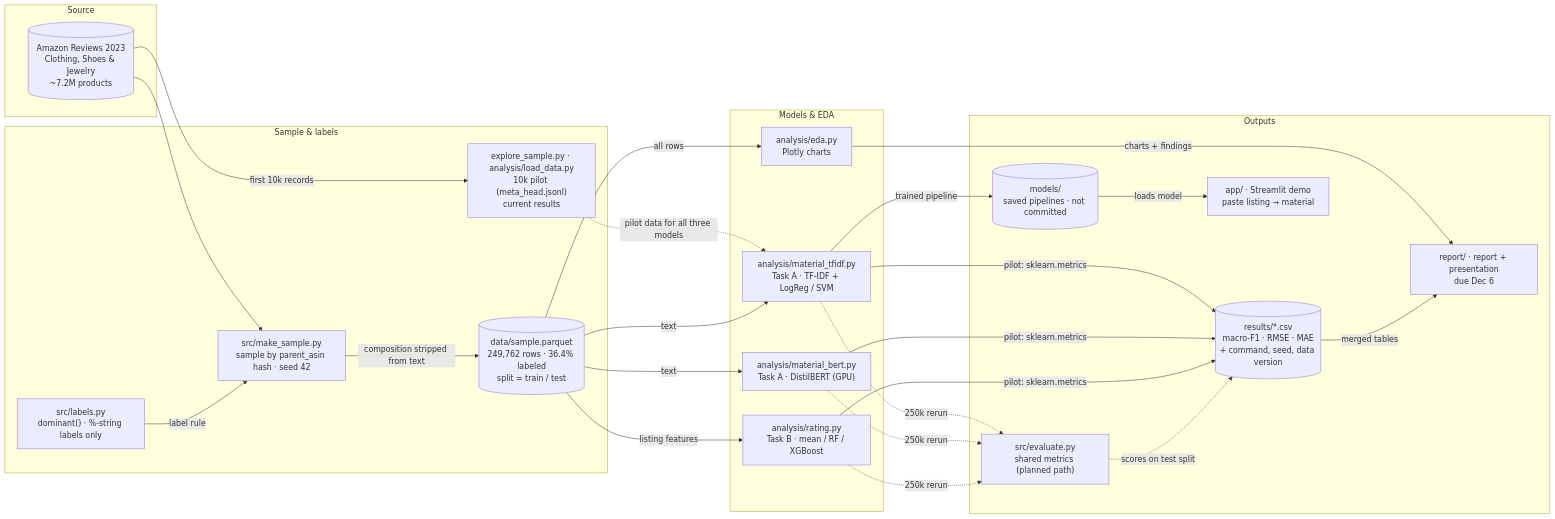
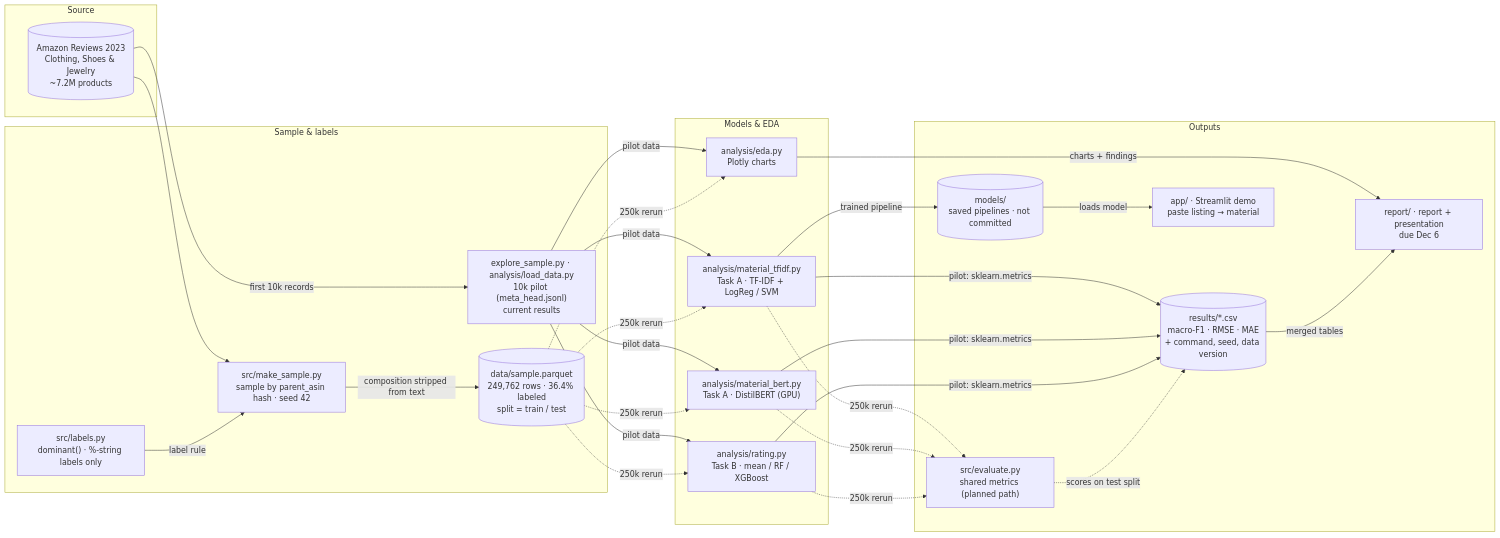
Before and after one commit to johnha912/amazon-clothing-material: the diagram in report/assets/project-pipeline.mmd, drawn with Mermaid. The commit also changed 5 other files, not shown here.

First line of the commit message:
Make the pipeline figure's arrows match its caption

```diff
--- a/report/assets/project-pipeline.mmd
+++ b/report/assets/project-pipeline.mmd
@@ -1,47 +1,50 @@
 flowchart LR
     subgraph S0["Source"]
         hf[("Amazon Reviews 2023<br/>Clothing, Shoes & Jewelry<br/>~7.2M products")]
     end
 
     subgraph S1["Sample & labels"]
         pilot["explore_sample.py · analysis/load_data.py<br/>10k pilot (meta_head.jsonl)<br/>current results"]
         labels["src/labels.py<br/>dominant() · %-string labels only"]
         makesample["src/make_sample.py<br/>sample by parent_asin hash · seed 42"]
         sample[("data/sample.parquet<br/>249,762 rows · 36.4% labeled<br/>split = train / test")]
     end
 
     subgraph S2["Models & EDA"]
         eda["analysis/eda.py<br/>Plotly charts"]
         tfidf["analysis/material_tfidf.py<br/>Task A · TF-IDF + LogReg / SVM"]
         bert["analysis/material_bert.py<br/>Task A · DistilBERT (GPU)"]
         rating["analysis/rating.py<br/>Task B · mean / RF / XGBoost"]
     end
 
     subgraph S3["Outputs"]
         evaluate["src/evaluate.py<br/>shared metrics (planned path)"]
         results[("results/*.csv<br/>macro-F1 · RMSE · MAE<br/>+ command, seed, data version")]
         model[("models/<br/>saved pipelines · not committed")]
         app["app/ · Streamlit demo<br/>paste listing → material"]
         report["report/ · report + presentation<br/>due Dec 6"]
     end
 
     hf -- "first 10k records" --> pilot
-    pilot -. "pilot data for all three models" .-> tfidf
+    pilot -- "pilot data" --> eda
+    pilot -- "pilot data" --> tfidf
+    pilot -- "pilot data" --> bert
+    pilot -- "pilot data" --> rating
     hf --> makesample
     labels -- "label rule" --> makesample
     makesample -- "composition stripped from text" --> sample
-    sample -- "all rows" --> eda
-    sample -- "text" --> tfidf
-    sample -- "text" --> bert
-    sample -- "listing features" --> rating
+    sample -. "250k rerun" .-> eda
+    sample -. "250k rerun" .-> tfidf
+    sample -. "250k rerun" .-> bert
+    sample -. "250k rerun" .-> rating
     tfidf -- "pilot: sklearn.metrics" --> results
     bert -- "pilot: sklearn.metrics" --> results
     rating -- "pilot: sklearn.metrics" --> results
     tfidf -. "250k rerun" .-> evaluate
     bert -. "250k rerun" .-> evaluate
     rating -. "250k rerun" .-> evaluate
     evaluate -. "scores on test split" .-> results
     tfidf -- "trained pipeline" --> model
     model -- "loads model" --> app
     eda -- "charts + findings" --> report
     results -- "merged tables" --> report
```
